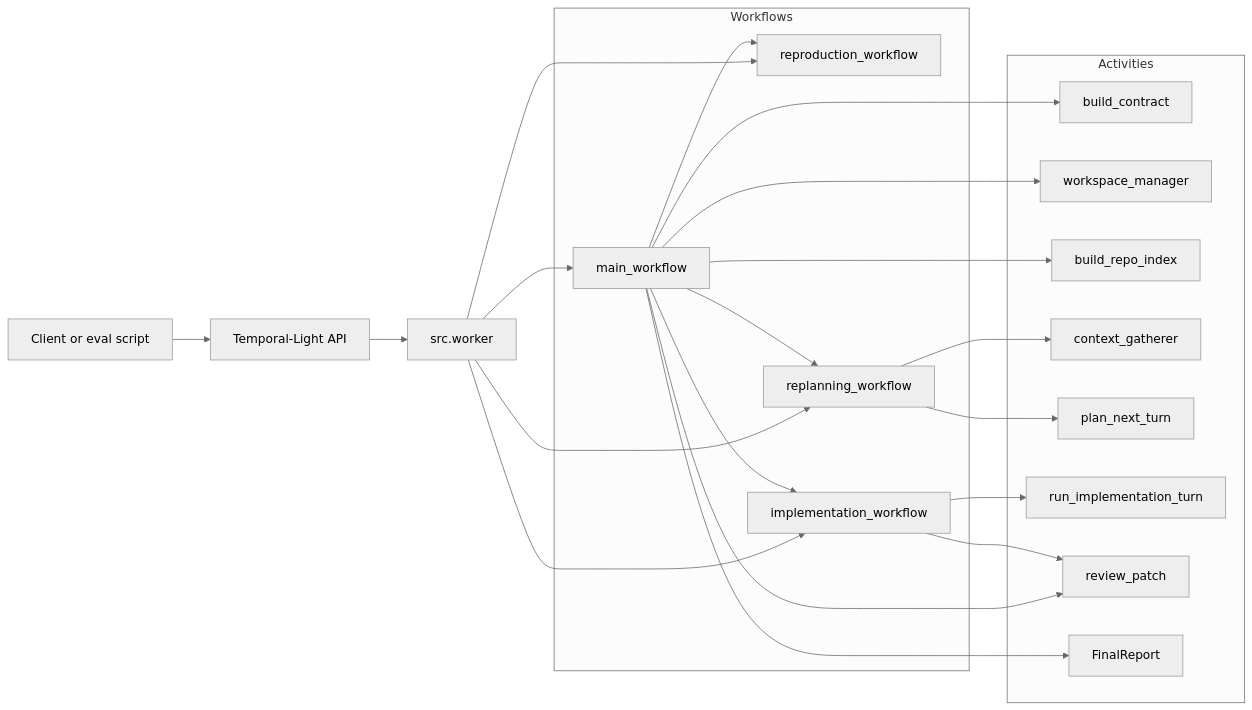
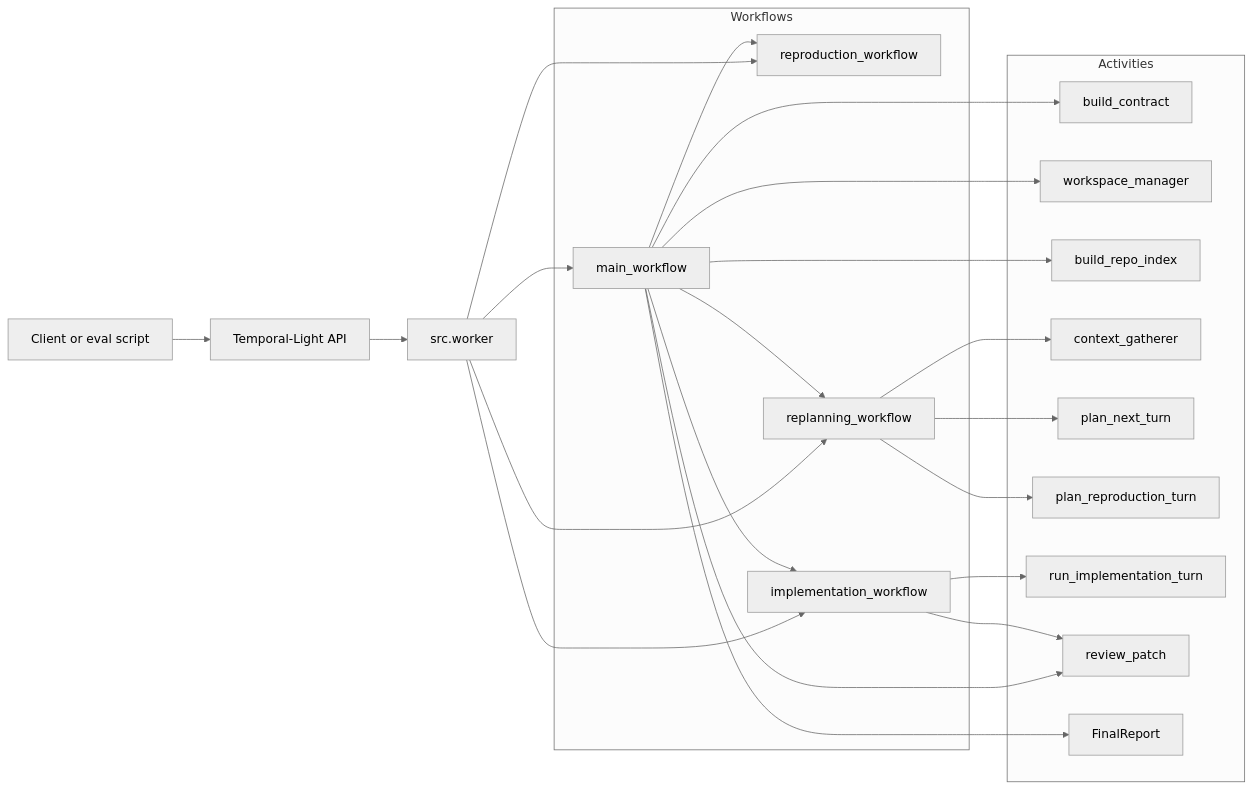
The first of 3 diagrams in docs/PLAN.md (BertilBraun/Durable-Agentic-Coding-Runtime), drawn with Mermaid (neutral theme) before and after one commit. The commit also changed other lines of this file and 1 other file, not shown here.

First line of the commit message:
docs: update README and PLAN for rolling planner and reproduction gate

````diff
--- a/docs/PLAN.md
+++ b/docs/PLAN.md
@@ -46,40 +47,42 @@
 ```mermaid
 flowchart LR
     Client[Client or eval script] --> TL[Temporal-Light API]
     TL --> Worker[src.worker]
 
     subgraph Workflows
         Main[main_workflow]
         Repro[reproduction_workflow]
         Replan[replanning_workflow]
         Impl[implementation_workflow]
     end
 
     subgraph Activities
         Contract[build_contract]
         Workspace[workspace_manager]
         Index[build_repo_index]
         Context[context_gatherer]
         Planner[plan_next_turn]
+        ReproPlanner[plan_reproduction_turn]
         Implement[run_implementation_turn]
         Reviewer[review_patch]
         Report[FinalReport]
     end
 
     Worker --> Main
     Worker --> Repro
     Worker --> Replan
     Worker --> Impl
     Main --> Contract
     Main --> Workspace
     Main --> Index
     Main --> Repro
     Main --> Replan
     Main --> Impl
     Main --> Reviewer
     Main --> Report
     Replan --> Planner
+    Replan --> ReproPlanner
     Replan --> Context
     Impl --> Implement
     Impl --> Reviewer
 ```
````
